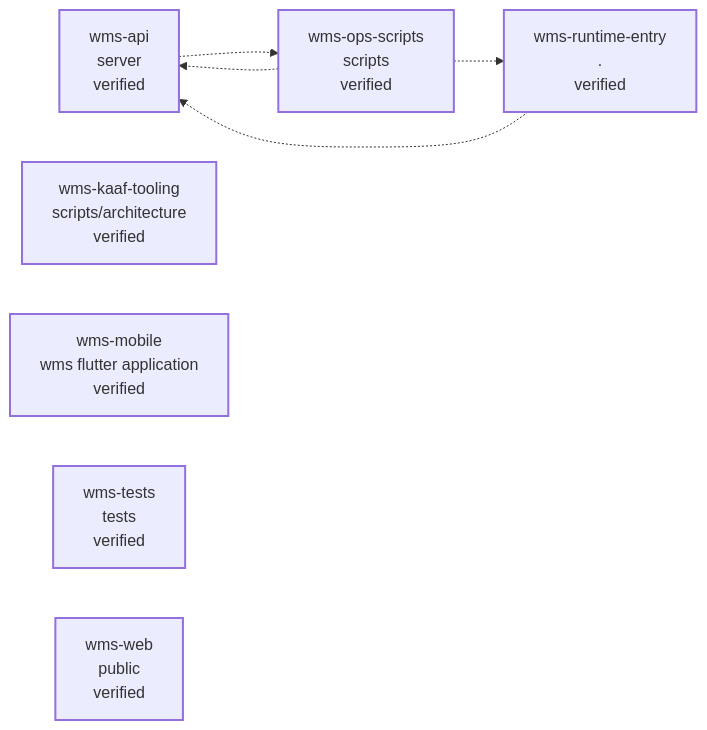
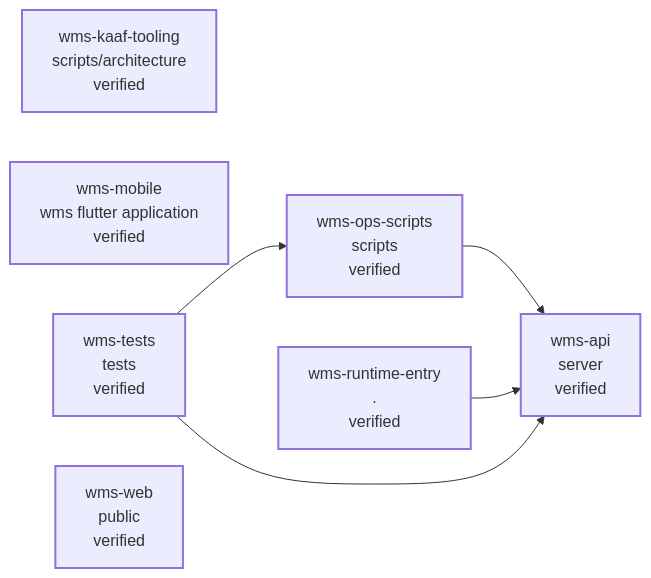
One commit to Islamce/WMS changed the diagram in .ai/diagrams/container.md. Above: the diagram before and after it, drawn with Mermaid. The commit also changed other lines of this file and 94 other files, not shown here.

````diff
--- a/.ai/diagrams/container.md
+++ b/.ai/diagrams/container.md
@@ -7,21 +7,21 @@
 ```mermaid
 graph LR
   wms_api["wms-api<br/>server<br/>verified"]
   wms_kaaf_tooling["wms-kaaf-tooling<br/>scripts/architecture<br/>verified"]
   wms_mobile["wms-mobile<br/>wms flutter application<br/>verified"]
   wms_ops_scripts["wms-ops-scripts<br/>scripts<br/>verified"]
   wms_runtime_entry["wms-runtime-entry<br/>.<br/>verified"]
   wms_tests["wms-tests<br/>tests<br/>verified"]
   wms_web["wms-web<br/>public<br/>verified"]
-  wms_api -.-> wms_ops_scripts
-  wms_ops_scripts -.-> wms_api
-  wms_ops_scripts -.-> wms_runtime_entry
-  wms_runtime_entry -.-> wms_api
+  wms_ops_scripts --> wms_api
+  wms_runtime_entry --> wms_api
+  wms_tests --> wms_api
+  wms_tests --> wms_ops_scripts
   style wms_api stroke-width:2px
   style wms_kaaf_tooling stroke-width:2px
   style wms_mobile stroke-width:2px
   style wms_ops_scripts stroke-width:2px
   style wms_runtime_entry stroke-width:2px
   style wms_tests stroke-width:2px
   style wms_web stroke-width:2px
 ```
````
